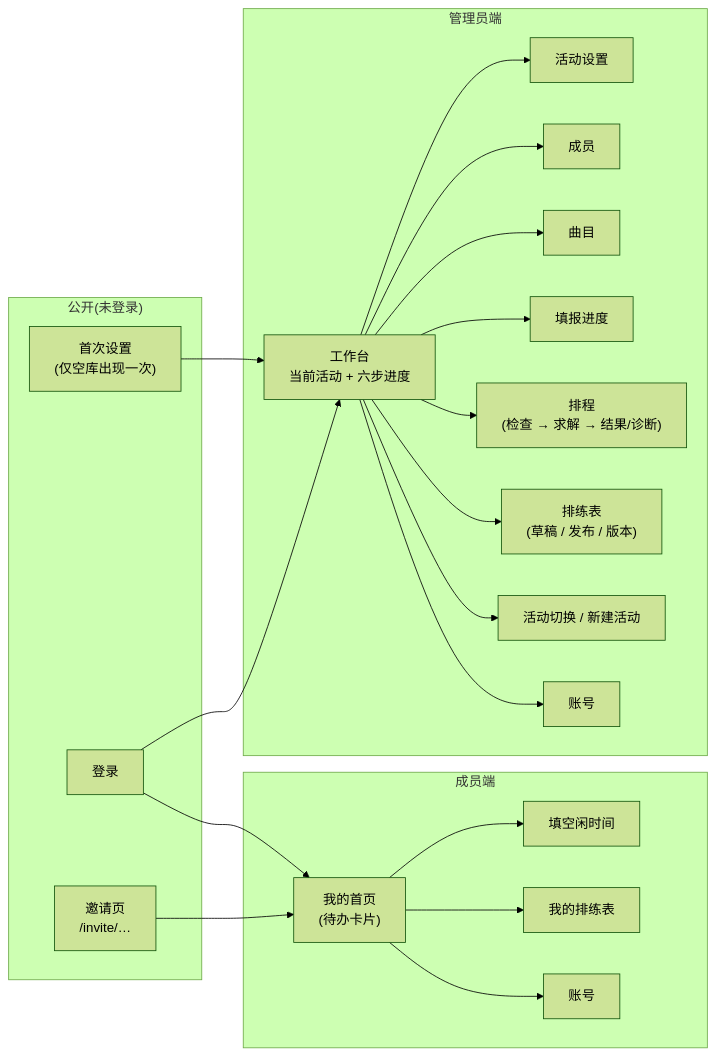
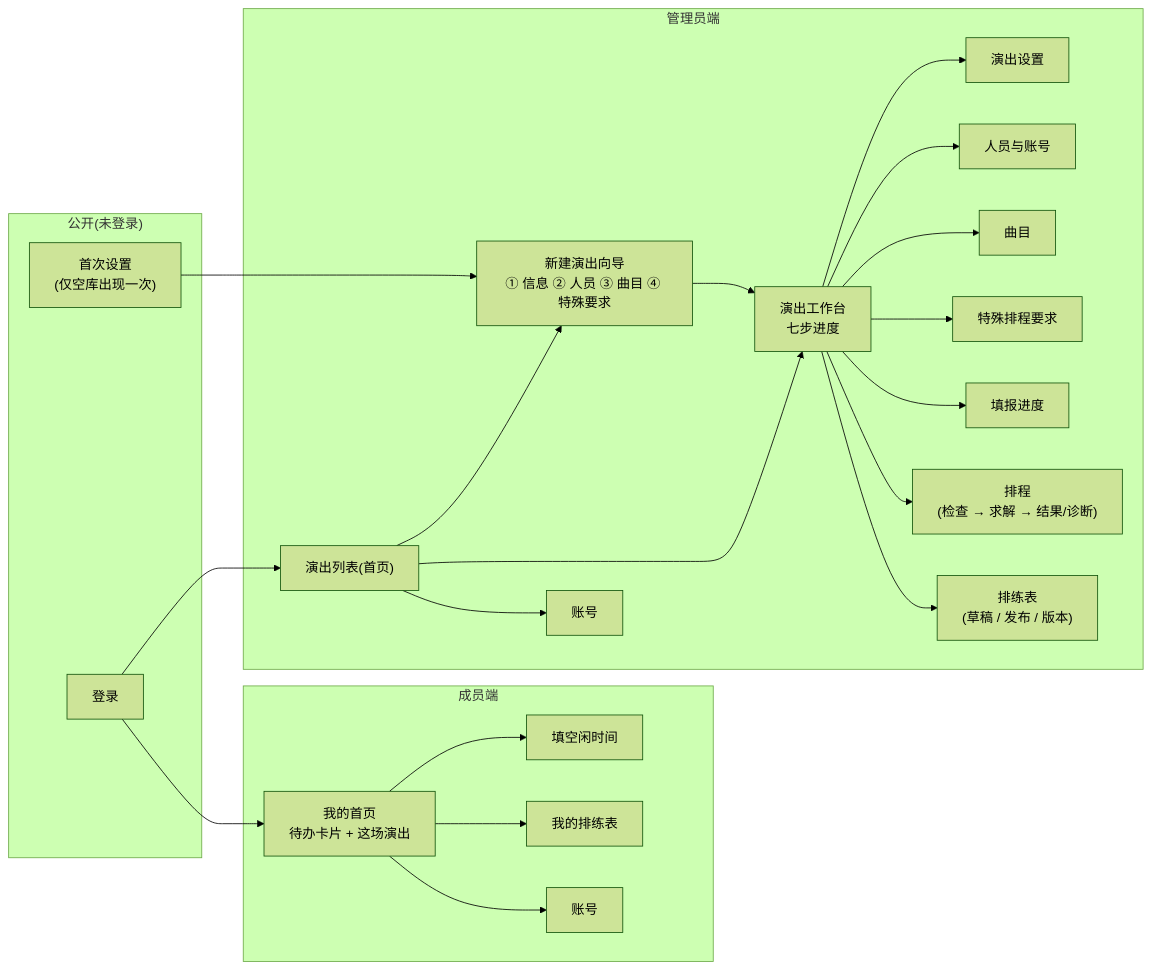
The first of 4 diagrams in 交互设计.md (chuchu1214w/rehearsal-scheduler), drawn with Mermaid (forest theme) before and after one commit. The commit also changed other lines of this file and 2 other files, not shown here.

````diff
--- a/交互设计.md
+++ b/交互设计.md
@@ -32,35 +33,37 @@
 ```mermaid
 flowchart LR
     subgraph pub["公开(未登录)"]
         P0["首次设置<br/>(仅空库出现一次)"]
         P1["登录"]
-        P2["邀请页<br/>/invite/…"]
     end
     subgraph admin["管理员端"]
-        A1["工作台<br/>当前活动 + 六步进度"]
-        A2["活动设置"]
-        A3["成员"]
+        L["演出列表(首页)"]
+        W["新建演出向导<br/>① 信息 ② 人员 ③ 曲目 ④ 特殊要求"]
+        A1["演出工作台<br/>七步进度"]
+        A2["演出设置"]
+        A3["人员与账号"]
         A4["曲目"]
+        A10["特殊排程要求"]
         A5["填报进度"]
         A6["排程<br/>(检查 → 求解 → 结果/诊断)"]
         A7["排练表<br/>(草稿 / 发布 / 版本)"]
         A8["账号"]
-        A9["活动切换 / 新建活动"]
     end
     subgraph member["成员端"]
-        M1["我的首页<br/>(待办卡片)"]
+        M1["我的首页<br/>待办卡片 + 这场演出"]
         M2["填空闲时间"]
         M3["我的排练表"]
         M4["账号"]
     end
-    P0 --> A1
-    P1 --> A1
+    P0 --> W
+    P1 --> L
     P1 --> M1
-    P2 --> M1
-    A1 --> A2 & A3 & A4 & A5 & A6 & A7
-    A1 --> A9
-    A1 --> A8
+    L --> W
+    L --> A1
+    W --> A1
+    A1 --> A2 & A3 & A4 & A10 & A5 & A6 & A7
+    L --> A8
     M1 --> M2
     M1 --> M3
     M1 --> M4
 ```
````
